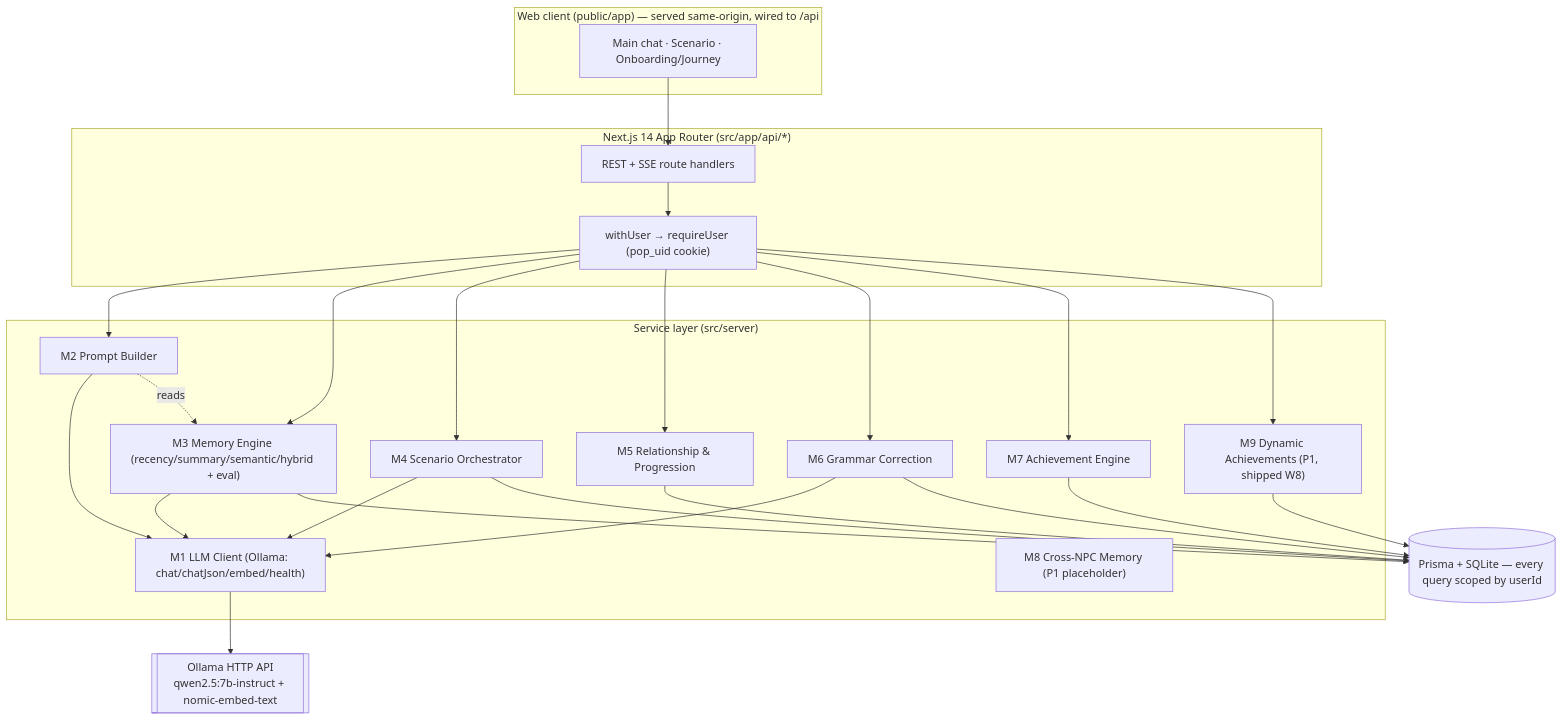
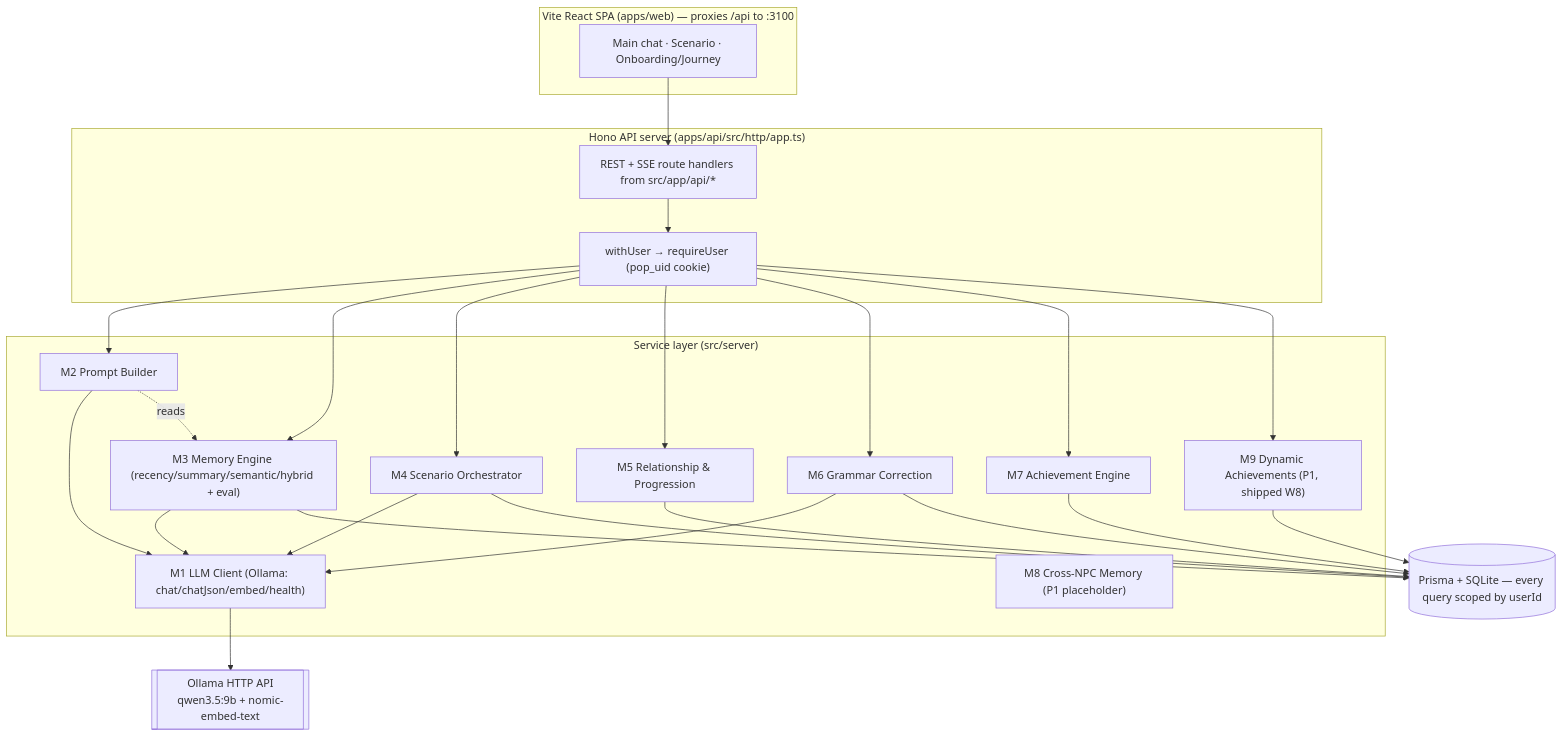
One commit to ruii-wu/popcorn-language changed the first of 3 diagrams in docs/reports/architecture.md. Above: the diagram before and after it, drawn with Mermaid. The commit also changed 26 other files, not shown here.

````diff
--- a/docs/reports/architecture.md
+++ b/docs/reports/architecture.md
@@ -8,33 +8,33 @@
 ```mermaid
 flowchart TB
-  subgraph Client["Web client (public/app) — served same-origin, wired to /api"]
+  subgraph Client["Vite React SPA (apps/web) — proxies /api to :3100"]
     UI["Main chat · Scenario · Onboarding/Journey"]
   end
-  subgraph Next["Next.js 14 App Router (src/app/api/*)"]
-    Routes["REST + SSE route handlers"]
+  subgraph Next["Hono API server (apps/api/src/http/app.ts)"]
+    Routes["REST + SSE route handlers from src/app/api/*"]
     Gate["withUser → requireUser (pop_uid cookie)"]
   end
   subgraph Server["Service layer (src/server)"]
     M1["M1 LLM Client (Ollama: chat/chatJson/embed/health)"]
     M2["M2 Prompt Builder"]
     M3["M3 Memory Engine (recency/summary/semantic/hybrid + eval)"]
     M4["M4 Scenario Orchestrator"]
     M5["M5 Relationship & Progression"]
     M6["M6 Grammar Correction"]
     M7["M7 Achievement Engine"]
     M8["M8 Cross-NPC Memory (P1 placeholder)"]
     M9["M9 Dynamic Achievements (P1, shipped W8)"]
   end
   DB[("Prisma + SQLite — every query scoped by userId")]
-  Ollama[["Ollama HTTP API<br/>qwen2.5:7b-instruct + nomic-embed-text"]]
+  Ollama[["Ollama HTTP API<br/>qwen3.5:9b + nomic-embed-text"]]
 
   UI --> Routes --> Gate
   Gate --> M2 & M3 & M4 & M5 & M6 & M7 & M9
   M2 --> M1
   M3 --> M1
   M4 --> M1
   M6 --> M1
   M1 --> Ollama
   M2 -.reads.-> M3
   M3 & M4 & M5 & M6 & M7 & M9 --> DB
 ```
````
